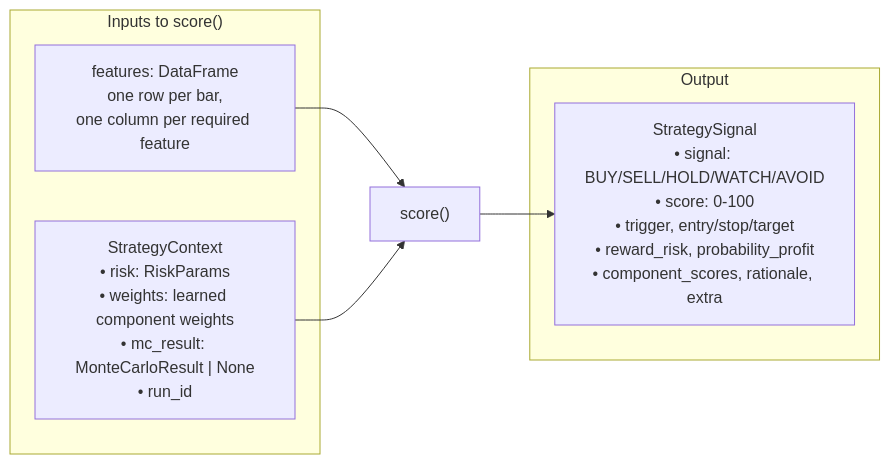
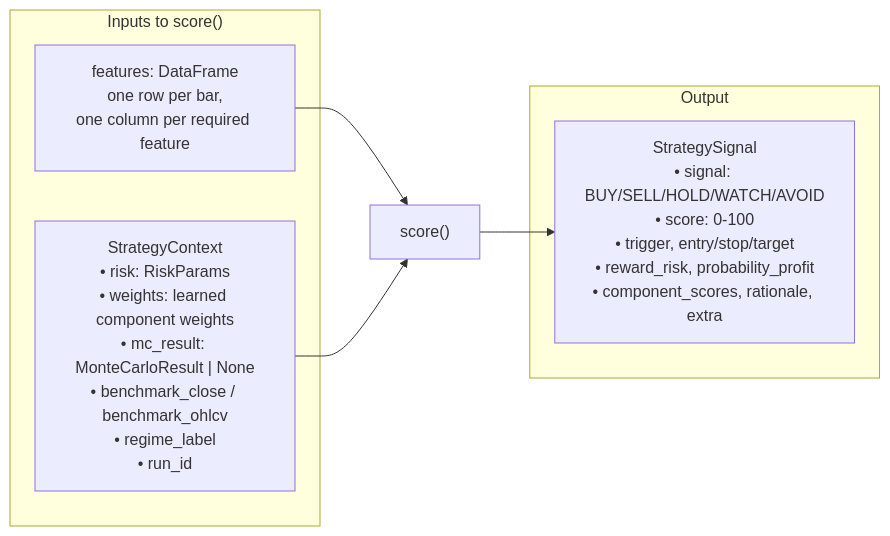
The third of 15 diagrams in docs/ARCHITECTURE.md (3dwag98/afa), drawn with Mermaid before and after one commit. The commit also changed other lines of this file and 3 other files, not shown here.

First line of the commit message:
Align ARCHITECTURE and STRATEGIES with the current framework

````diff
--- a/docs/ARCHITECTURE.md
+++ b/docs/ARCHITECTURE.md
@@ -139,12 +143,12 @@
 ```mermaid
 flowchart LR
     subgraph in["Inputs to score()"]
         F["features: DataFrame<br/>one row per bar,<br/>one column per required feature"]
-        C["StrategyContext<br/>• risk: RiskParams<br/>• weights: learned component weights<br/>• mc_result: MonteCarloResult | None<br/>• run_id"]
+        C["StrategyContext<br/>• risk: RiskParams<br/>• weights: learned component weights<br/>• mc_result: MonteCarloResult | None<br/>• benchmark_close / benchmark_ohlcv<br/>• regime_label<br/>• run_id"]
     end
     subgraph out["Output"]
         S["StrategySignal<br/>• signal: BUY/SELL/HOLD/WATCH/AVOID<br/>• score: 0-100<br/>• trigger, entry/stop/target<br/>• reward_risk, probability_profit<br/>• component_scores, rationale, extra"]
     end
     F --> SC["score()"] --> S
     C --> SC
 ```
````
